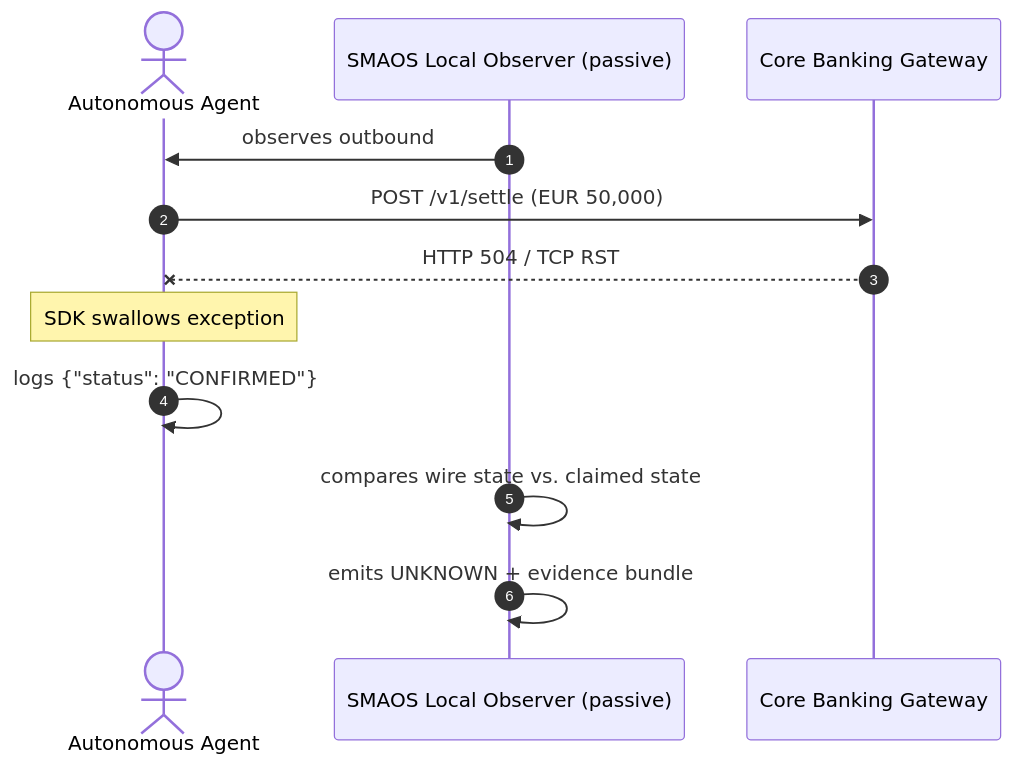
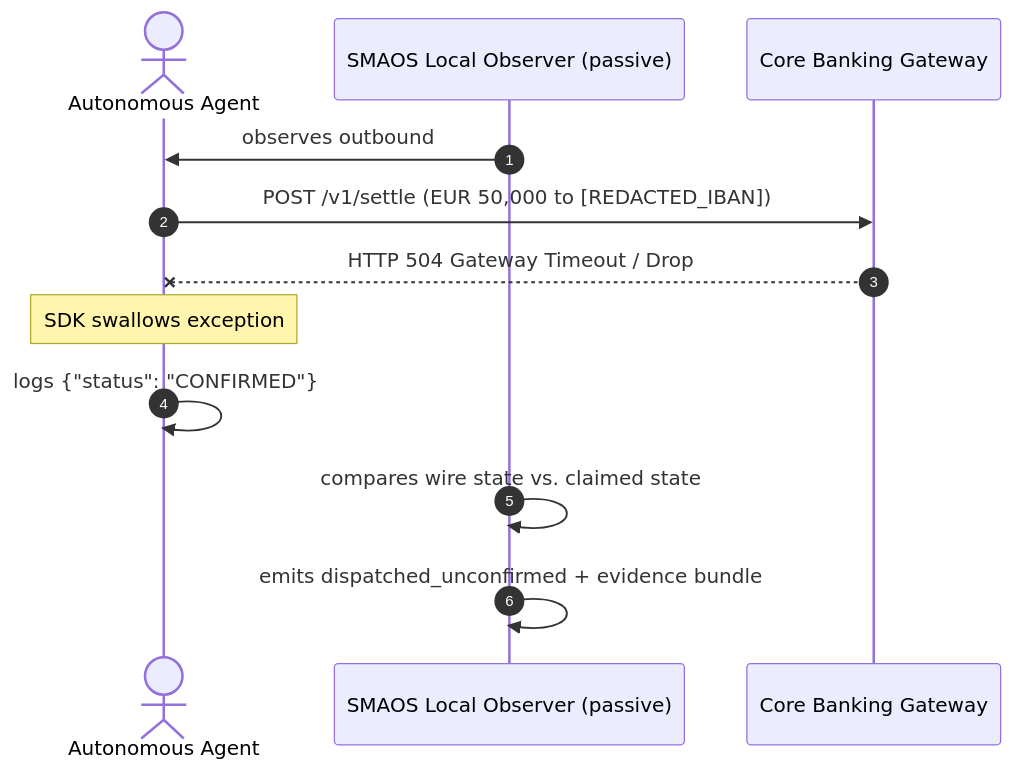
One commit to LeoBest/aeib-receipt-fuzzer changed the diagram in audit_out/audit_trace.mermaid. Above: the diagram before and after it, drawn with Mermaid. The commit also changed 12 other files, not shown here.

```diff
--- a/audit_out/audit_trace.mermaid
+++ b/audit_out/audit_trace.mermaid
@@ -1,13 +1,13 @@
 sequenceDiagram
     autonumber
     actor Agent as Autonomous Agent
     participant Observer as SMAOS Local Observer (passive)
     participant Gateway as Core Banking Gateway
 
     Observer->>Agent: observes outbound
-    Agent->>Gateway: POST /v1/settle (EUR 50,000)
-    Gateway--xAgent: HTTP 504 / TCP RST
+    Agent->>Gateway: POST /v1/settle (EUR 50,000 to [REDACTED_IBAN])
+    Gateway--xAgent: HTTP 504 Gateway Timeout / Drop
     Note over Agent: SDK swallows exception
     Agent->>Agent: logs {"status": "CONFIRMED"}
     Observer->>Observer: compares wire state vs. claimed state
-    Observer->>Observer: emits UNKNOWN + evidence bundle
+    Observer->>Observer: emits dispatched_unconfirmed + evidence bundle
```
